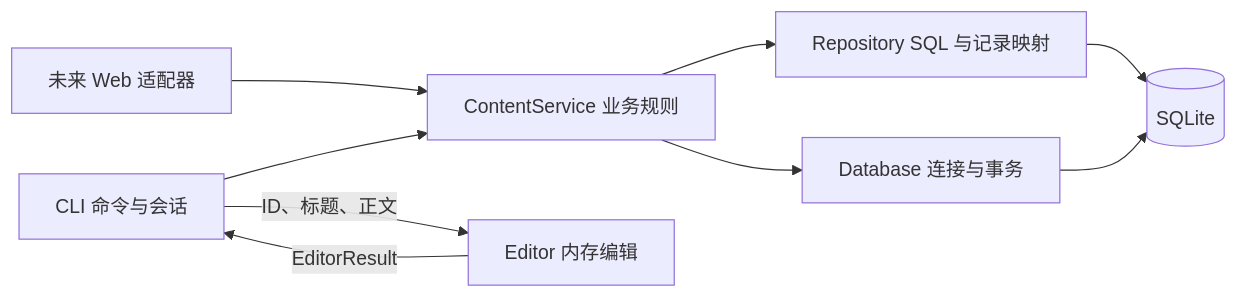
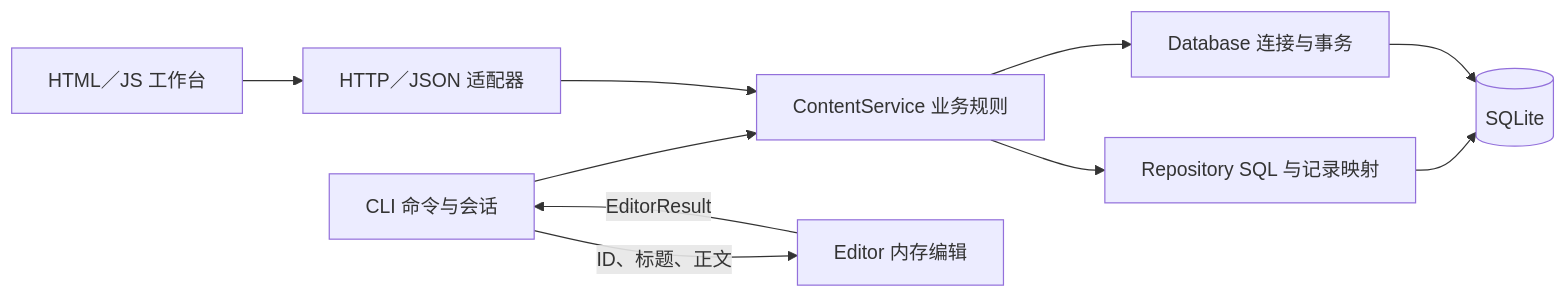
One commit to TechnetiumNeko/c156_core changed the diagram in docs/架构分层.md. Above: the diagram before and after it, drawn with Mermaid. The commit also changed other lines of this file and 10 other files, not shown here.

Commit message:
docs: organize quickstart architecture and workbench development guides

````diff
--- a/docs/架构分层.md
+++ b/docs/架构分层.md
@@ -17,11 +18,12 @@
 ```mermaid
 flowchart LR
     CLI[CLI 命令与会话] --> Service[ContentService 业务规则]
-    Web[未来 Web 适配器] --> Service
+    Browser[HTML／JS 工作台] --> Web[HTTP／JSON 适配器]
+    Web --> Service
     Service --> Repository[Repository SQL 与记录映射]
     Repository --> SQLite[(SQLite)]
     Service --> Database[Database 连接与事务]
     Database --> SQLite
     CLI -->|ID、标题、正文| Editor[Editor 内存编辑]
     Editor -->|EditorResult| CLI
 ```
````
